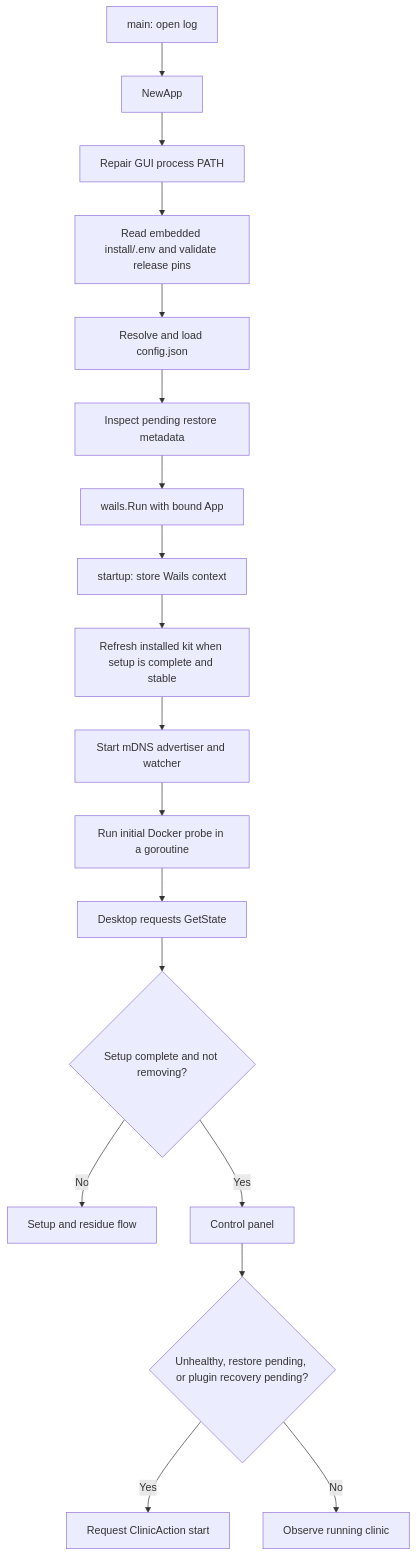
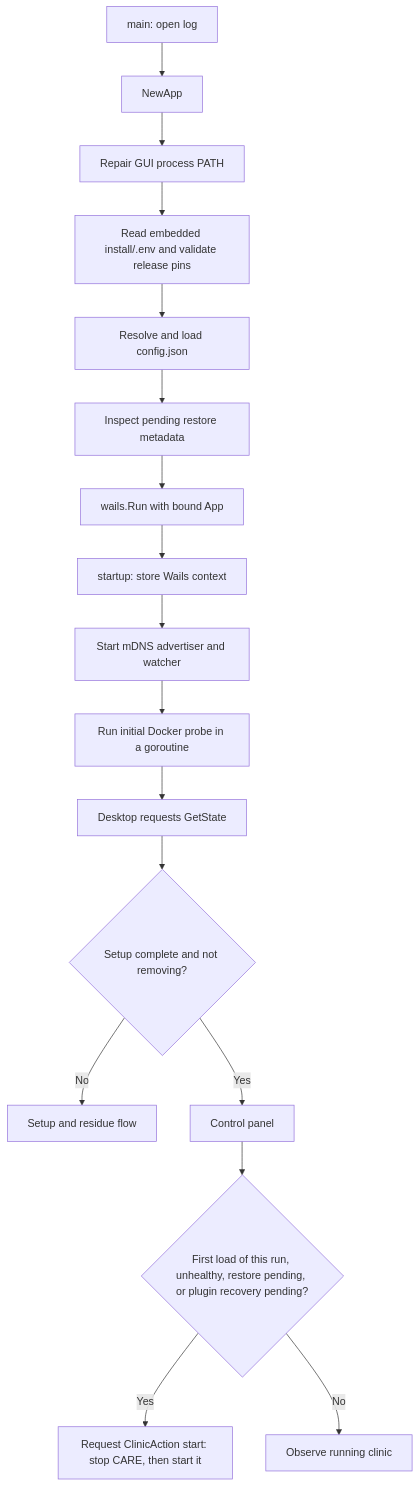
Before and after one commit to ohcnetwork/care_clinic: the first of 2 diagrams in docs/wails-application.md, drawn with Mermaid. The commit also changed other lines of this file and 59 other files, not shown here.

First line of the commit message:
Stop CARE before starting, updating or changing settings

````diff
--- a/docs/wails-application.md
+++ b/docs/wails-application.md
@@ -45,20 +45,19 @@
 ```mermaid
 flowchart TD
     Main["main: open log"] --> New["NewApp"]
     New --> Path["Repair GUI process PATH"]
     Path --> Pins["Read embedded install/.env and validate release pins"]
     Pins --> Config["Resolve and load config.json"]
     Config --> Journal["Inspect pending restore metadata"]
     Journal --> Wails["wails.Run with bound App"]
     Wails --> Startup["startup: store Wails context"]
-    Startup --> Refresh["Refresh installed kit when setup is complete and stable"]
-    Refresh --> Advertise["Start mDNS advertiser and watcher"]
+    Startup --> Advertise["Start mDNS advertiser and watcher"]
     Advertise --> Probe["Run initial Docker probe in a goroutine"]
     Probe --> UI["Desktop requests GetState"]
     UI --> First{"Setup complete and not removing?"}
     First -->|No| Wizard["Setup and residue flow"]
     First -->|Yes| Panel["Control panel"]
-    Panel --> Start{"Unhealthy, restore pending, or plugin recovery pending?"}
-    Start -->|Yes| Run["Request ClinicAction start"]
+    Panel --> Start{"First load of this run, unhealthy, restore pending, or plugin recovery pending?"}
+    Start -->|Yes| Run["Request ClinicAction start: stop CARE, then start it"]
     Start -->|No| Observe["Observe running clinic"]
 ```
````
